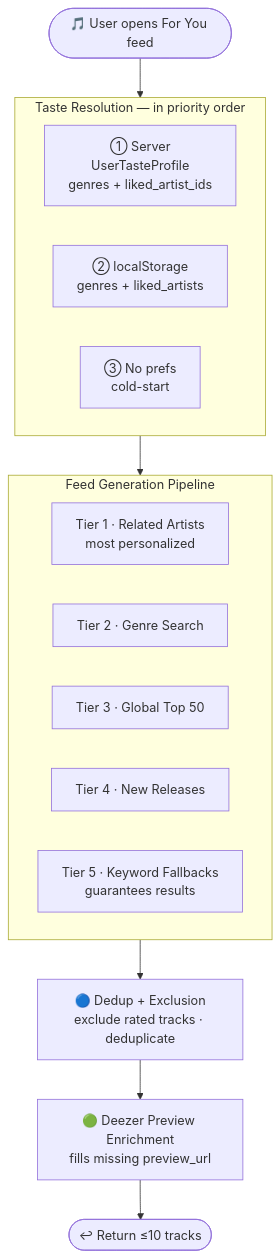
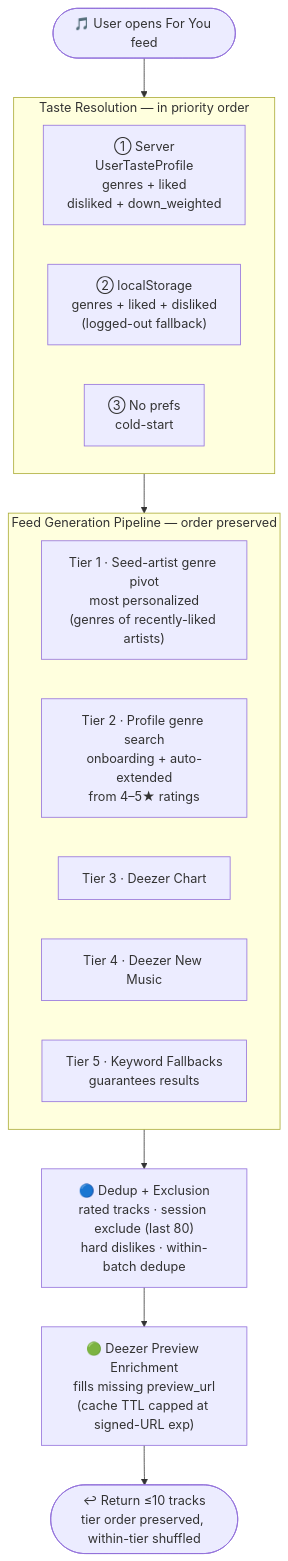
One commit to peytonhl/contour changed the first of 2 diagrams in PERSONALIZATION_ARCHITECTURE.md. Above: the diagram before and after it, drawn with Mermaid. The commit also changed other lines of this file and 3 other files, not shown here.

````diff
--- a/PERSONALIZATION_ARCHITECTURE.md
+++ b/PERSONALIZATION_ARCHITECTURE.md
@@ -5,25 +5,25 @@
 ```mermaid
 flowchart TD
     A([🎵 User opens For You feed]) --> B
 
     subgraph B["Taste Resolution — in priority order"]
         direction LR
-        B1["① Server\nUserTasteProfile\ngenres + liked_artist_ids"]
-        B2["② localStorage\ngenres + liked_artists"]
+        B1["① Server\nUserTasteProfile\ngenres + liked\ndisliked + down_weighted"]
+        B2["② localStorage\ngenres + liked + disliked\n(logged-out fallback)"]
         B3["③ No prefs\ncold-start"]
     end
 
     B --> F
 
-    subgraph F["Feed Generation Pipeline"]
-        T1["Tier 1 · Related Artists\nmost personalized"]
-        T2["Tier 2 · Genre Search"]
-        T3["Tier 3 · Global Top 50"]
-        T4["Tier 4 · New Releases"]
+    subgraph F["Feed Generation Pipeline — order preserved"]
+        T1["Tier 1 · Seed-artist genre pivot\nmost personalized\n(genres of recently-liked artists)"]
+        T2["Tier 2 · Profile genre search\nonboarding + auto-extended\nfrom 4–5★ ratings"]
+        T3["Tier 3 · Deezer Chart"]
+        T4["Tier 4 · Deezer New Music"]
         T5["Tier 5 · Keyword Fallbacks\nguarantees results"]
     end
 
-    F --> G["🔵 Dedup + Exclusion\nexclude rated tracks · deduplicate"]
-    G --> H["🟢 Deezer Preview Enrichment\nfills missing preview_url"]
-    H --> I(["↩ Return ≤10 tracks"])
+    F --> G["🔵 Dedup + Exclusion\nrated tracks · session exclude (last 80)\nhard dislikes · within-batch dedupe"]
+    G --> H["🟢 Deezer Preview Enrichment\nfills missing preview_url\n(cache TTL capped at signed-URL exp)"]
+    H --> I(["↩ Return ≤10 tracks\ntier order preserved, within-tier shuffled"])
 ```
````
